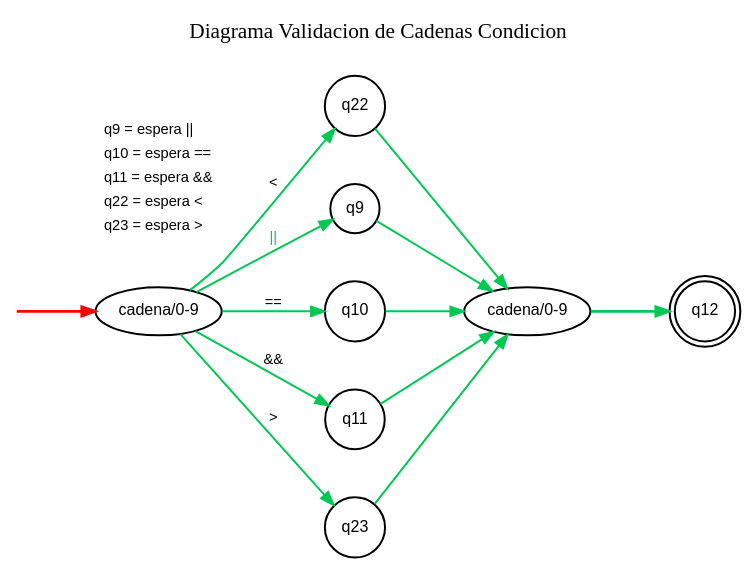
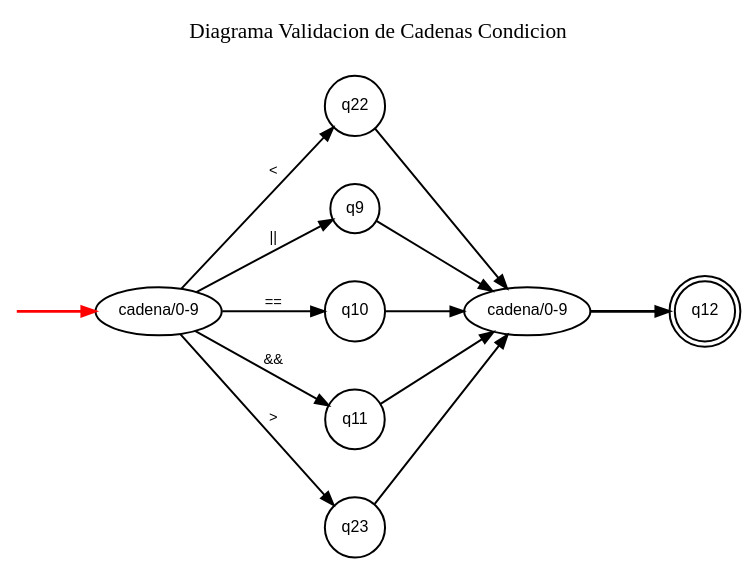
One commit to Rpinto30/KVX-08-LAN changed the diagram in Diagramas/conditions.dot. Above: the diagram before and after it, drawn with Graphviz. The commit also changed 5 other files, not shown here.

Commit message:
Arreglo de errores en diagramas

```diff
--- a/Diagramas/conditions.dot
+++ b/Diagramas/conditions.dot
@@ -1,49 +1,38 @@
 digraph Grafico4 {
     rankdir=LR;
     nodesep=0.5;
     ranksep=0.8;
 
     labelloc="t";
     label="Diagrama Validacion de Cadenas Condicion\n\n";
     fontsize=16;
     fontname="Arial Bold";
     node [fontname="Arial", fontsize=12, penwidth=1.5];
     edge [fontname="Arial", fontsize=11, penwidth=1.5];
 
     inicio [shape=none, label="", width=0, height=0];
     c1 [shape=ellipse, label="cadena/0-9"];
     q22 [shape=circle, label="q22"];
     q9 [shape=circle, label="q9"];
     q10 [shape=circle, label="q10"];
     q11 [shape=circle, label="q11"];
     q23 [shape=circle, label="q23"];
     c2 [shape=ellipse, label="cadena/0-9"];
     q12 [shape=doublecircle, label="q12"];
-    leyenda [shape=none, margin=0, label=<
-        <table border="0" cellborder="0" cellspacing="2" align="left">
-            <tr><td align="left">q9 = espera ||</td></tr>
-            <tr><td align="left">q10 = espera ==</td></tr>
-            <tr><td align="left">q11 = espera &amp;&amp;</td></tr>
-            <tr><td align="left">q22 = espera &lt;</td></tr>
-            <tr><td align="left">q23 = espera &gt;</td></tr>
-        </table>
-    >, fontsize=11];
-
-    { rank=same; c1; leyenda; }
 
     inicio -> c1 [color="red", penwidth=2];
 
-    c1 -> q22 [label=" <", color="#00C853"];
-    c1 -> q9 [label=" ||", color="#00C853", fontcolor="#00C853"]; 
-    c1 -> q10 [label=" ==", color="#00C853"];
-    c1 -> q11 [label=" &&", color="#00C853"];
-    c1 -> q23 [label=" >", color="#00C853"];
-    q22 -> c2 [color="#00C853"];
-    q9 -> c2 [color="#00C853"];
-    q10 -> c2 [color="#00C853"];
-    q11 -> c2 [color="#00C853"];
-    q23 -> c2 [color="#00C853"];
+    c1 -> q22 [label=" <", color="black"];
+    c1 -> q9 [label=" ||", color="black", fontcolor="black"]; 
+    c1 -> q10 [label=" ==", color="black"];
+    c1 -> q11 [label=" &&", color="black"];
+    c1 -> q23 [label=" >", color="black"];
+    q22 -> c2 [color="black"];
+    q9 -> c2 [color="black"];
+    q10 -> c2 [color="black"];
+    q11 -> c2 [color="black"];
+    q23 -> c2 [color="black"];
 
     // Transición final al estado de aceptación q12
-    c2 -> q12 [color="#00C853", penwidth=2];
+    c2 -> q12 [color="black", penwidth=2];
 }
```
